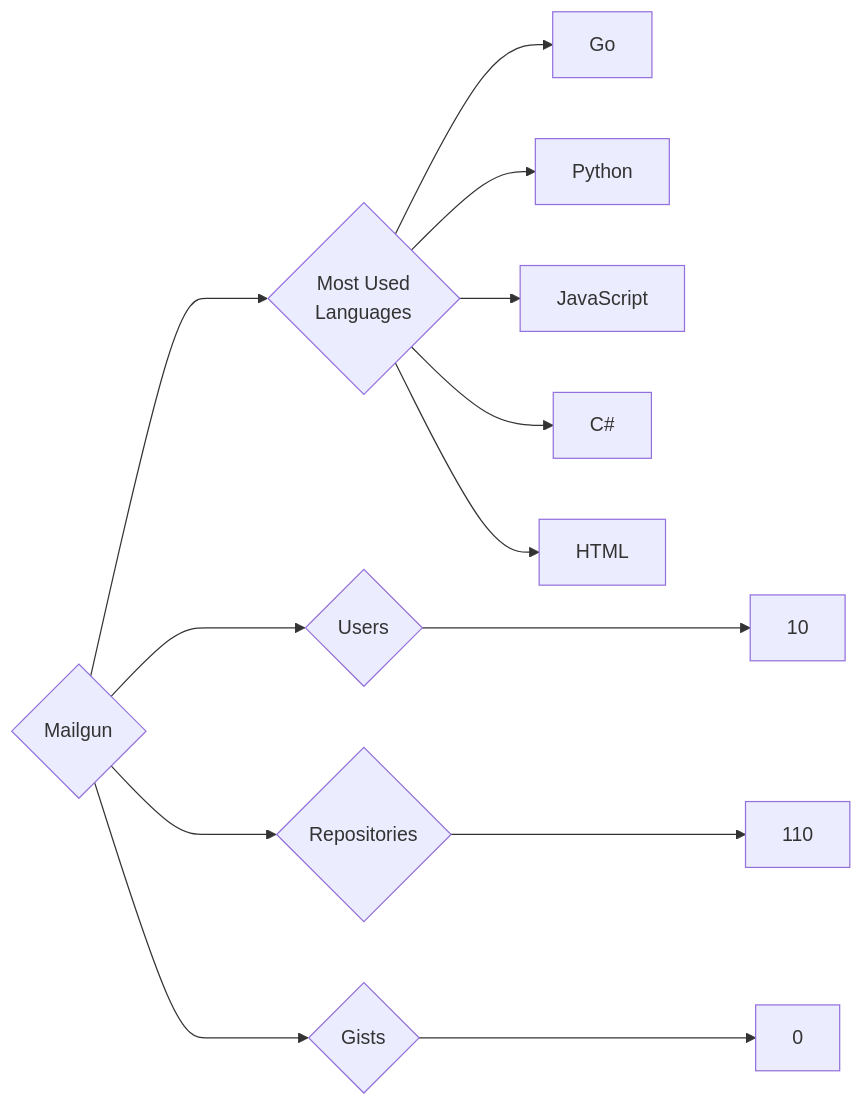
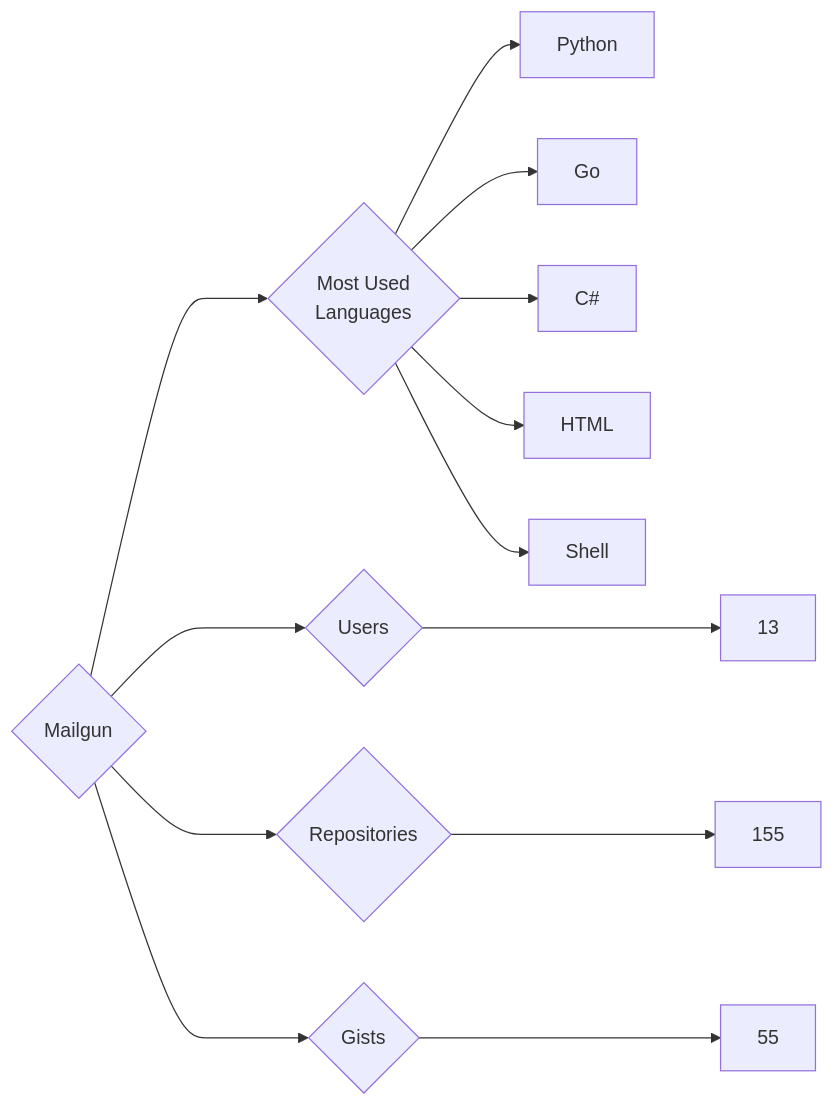
The diagram in targets/Mailgun/README.md (trickest/insiders), drawn with Mermaid before and after one commit. The commit also changed 932 other files, not shown here.

````diff
--- a/targets/Mailgun/README.md
+++ b/targets/Mailgun/README.md
@@ -3,13 +3,13 @@
 ```mermaid
 graph LR
 COMPANY_NAME{Mailgun}
-COMPANY_NAME ---> U{Users} ---> UN[10]
-COMPANY_NAME ---> R{Repositories} ---> RN[110]
-COMPANY_NAME ---> G{Gists} ---> GN[0]
+COMPANY_NAME ---> U{Users} ---> UN[13]
+COMPANY_NAME ---> R{Repositories} ---> RN[155]
+COMPANY_NAME ---> G{Gists} ---> GN[55]
 COMPANY_NAME ---> ML{Most Used<br>Languages}
+ML --> Python[Python]
 ML --> Go[Go]
-ML --> Python[Python]
-ML --> JavaScript[JavaScript]
 ML --> C#[C#]
 ML --> HTML[HTML]
+ML --> Shell[Shell]
 ```
````
